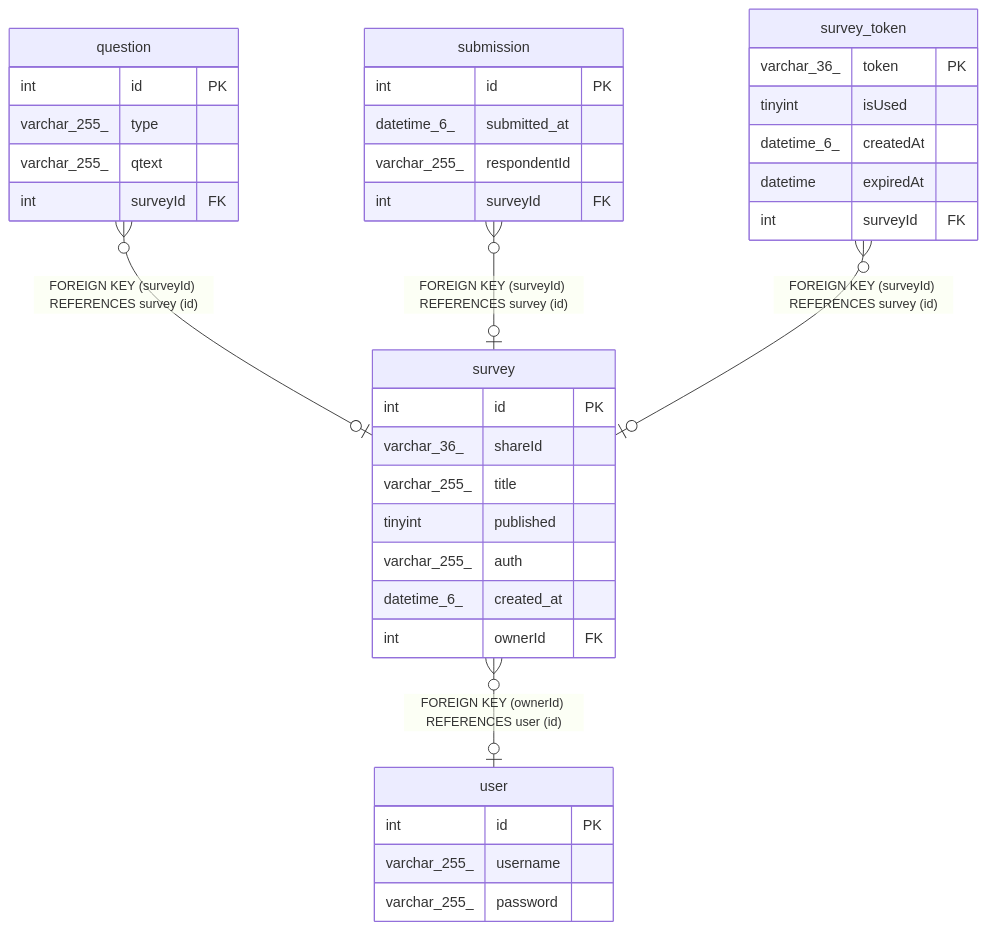
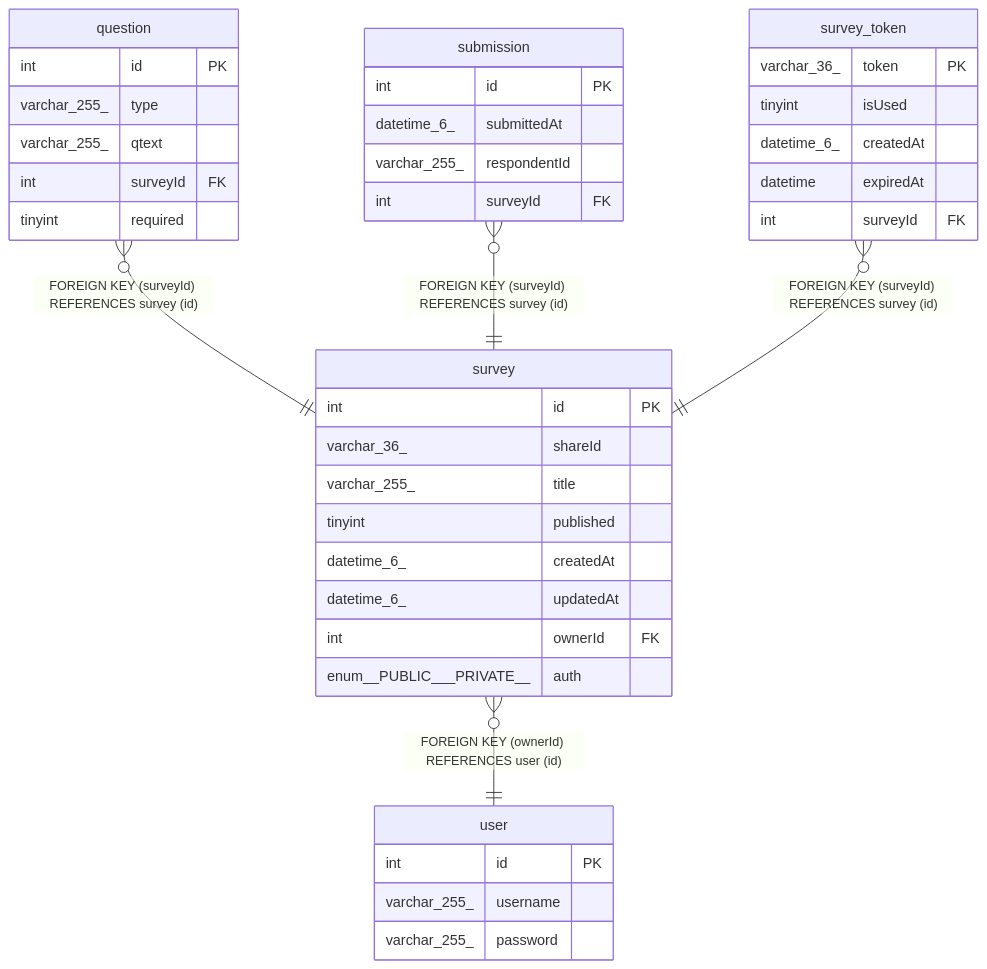
The diagram in docs/database/survey.md (BepHblVI/First-nest), drawn with Mermaid before and after one commit. The commit also changed other lines of this file and 16 other files, not shown here.

````diff
--- a/docs/database/survey.md
+++ b/docs/database/survey.md
@@ -56,42 +58,44 @@
 ```mermaid
 erDiagram
 
-"question" }o--o| "survey" : "FOREIGN KEY (surveyId) REFERENCES survey (id)"
-"submission" }o--o| "survey" : "FOREIGN KEY (surveyId) REFERENCES survey (id)"
-"survey_token" }o--o| "survey" : "FOREIGN KEY (surveyId) REFERENCES survey (id)"
-"survey" }o--o| "user" : "FOREIGN KEY (ownerId) REFERENCES user (id)"
+"question" }o--|| "survey" : "FOREIGN KEY (surveyId) REFERENCES survey (id)"
+"submission" }o--|| "survey" : "FOREIGN KEY (surveyId) REFERENCES survey (id)"
+"survey_token" }o--|| "survey" : "FOREIGN KEY (surveyId) REFERENCES survey (id)"
+"survey" }o--|| "user" : "FOREIGN KEY (ownerId) REFERENCES user (id)"
 
 "survey" {
   int id PK
   varchar_36_ shareId
   varchar_255_ title
   tinyint published
-  varchar_255_ auth
-  datetime_6_ created_at
+  datetime_6_ createdAt
+  datetime_6_ updatedAt
   int ownerId FK
+  enum__PUBLIC___PRIVATE__ auth
 }
 "question" {
   int id PK
   varchar_255_ type
   varchar_255_ qtext
   int surveyId FK
+  tinyint required
 }
 "submission" {
   int id PK
-  datetime_6_ submitted_at
+  datetime_6_ submittedAt
   varchar_255_ respondentId
   int surveyId FK
 }
 "survey_token" {
   varchar_36_ token PK
   tinyint isUsed
   datetime_6_ createdAt
   datetime expiredAt
   int surveyId FK
 }
 "user" {
   int id PK
   varchar_255_ username
   varchar_255_ password
 }
 ```
````
